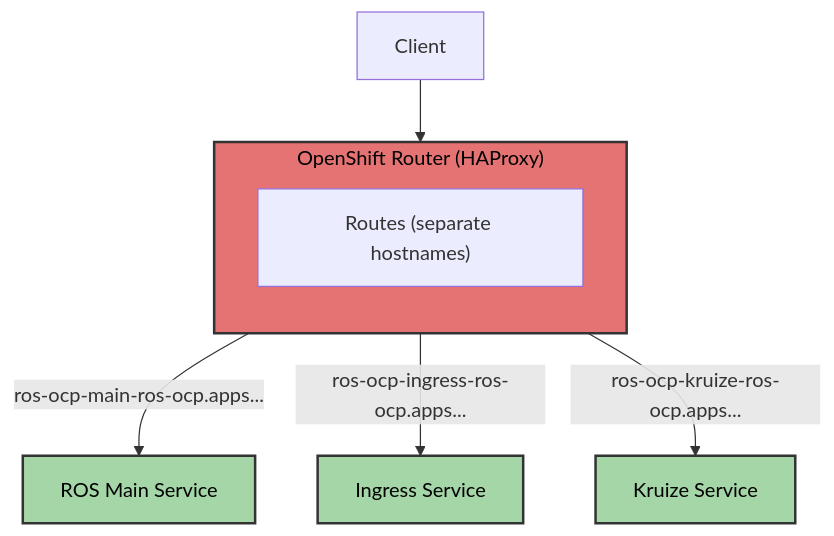
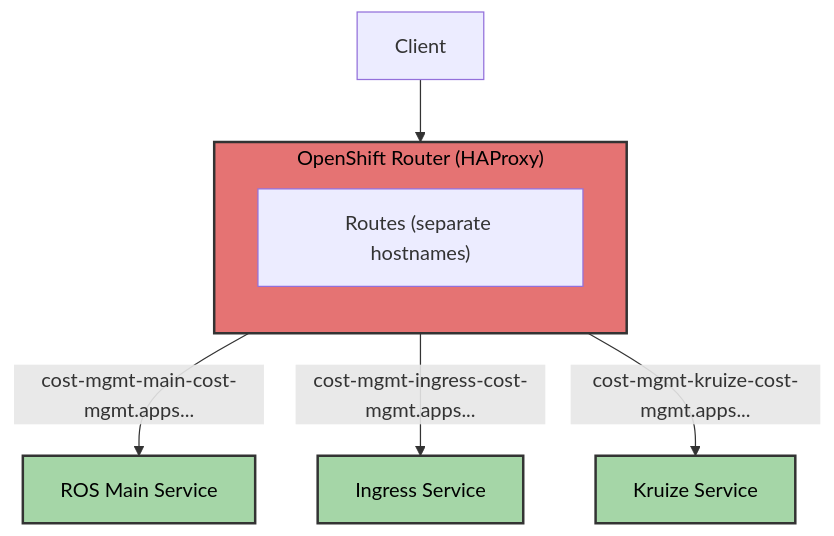
The second of 2 diagrams in docs/platform-guide.md (jordigilh/ros-helm-chart), drawn with Mermaid before and after one commit. The commit also changed other lines of this file and 14 other files, not shown here.

First line of the commit message:
docs: Update all documentation for chart rename and refactoring

````diff
--- a/docs/platform-guide.md
+++ b/docs/platform-guide.md
@@ -205,18 +205,18 @@
 ```mermaid
 graph TB
     Client["Client"] --> Router
 
     subgraph Router["OpenShift Router (HAProxy)"]
         direction TB
         Routes["Routes (separate hostnames)"]
     end
 
-    Routes -->|"ros-ocp-main-ros-ocp.apps..."| Main["ROS Main Service"]
-    Routes -->|"ros-ocp-ingress-ros-ocp.apps..."| Ingress["Ingress Service"]
-    Routes -->|"ros-ocp-kruize-ros-ocp.apps..."| Kruize["Kruize Service"]
+    Routes -->|"cost-mgmt-main-cost-mgmt.apps..."| Main["ROS Main Service"]
+    Routes -->|"cost-mgmt-ingress-cost-mgmt.apps..."| Ingress["Ingress Service"]
+    Routes -->|"cost-mgmt-kruize-cost-mgmt.apps..."| Kruize["Kruize Service"]
 
     style Router fill:#e57373,stroke:#333,stroke-width:2px,color:#000
     style Main fill:#a5d6a7,stroke:#333,stroke-width:2px,color:#000
     style Ingress fill:#a5d6a7,stroke:#333,stroke-width:2px,color:#000
     style Kruize fill:#a5d6a7,stroke:#333,stroke-width:2px,color:#000
 ```
````
